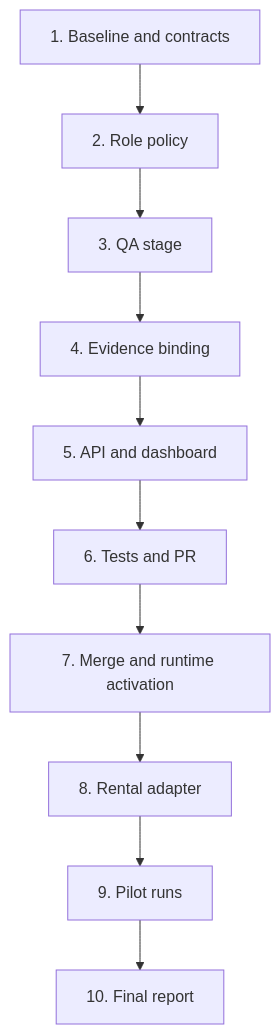
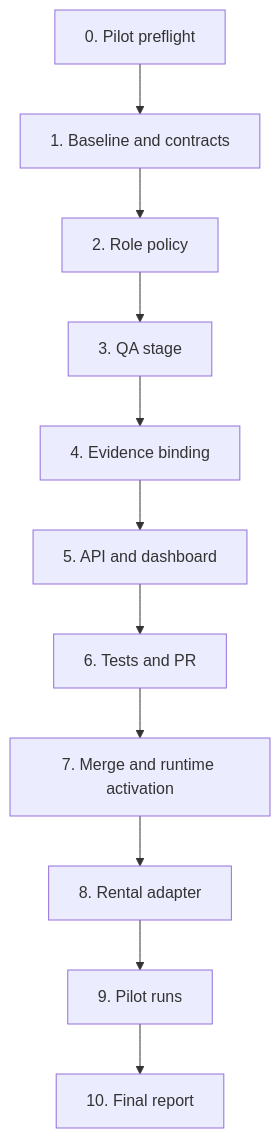
The diagram in docs/plan/distributed-multi-agent-sdlc/pilot-v1/ds-mcp/tasks.md (nhatnguyenquang1838-coder/gwc), drawn with Mermaid before and after one commit. The commit also changed other lines of this file, not shown here.

Commit message:
docs(pilot): add QA freshness drift and preflight checklist

````diff
--- a/docs/plan/distributed-multi-agent-sdlc/pilot-v1/ds-mcp/tasks.md
+++ b/docs/plan/distributed-multi-agent-sdlc/pilot-v1/ds-mcp/tasks.md
@@ -27,12 +61,13 @@
 ```mermaid
 graph TD
-  T1[1. Baseline and contracts] --> T2[2. Role policy]
+  T0[0. Pilot preflight] --> T1[1. Baseline and contracts]
+  T1 --> T2[2. Role policy]
   T2 --> T3[3. QA stage]
   T3 --> T4[4. Evidence binding]
   T4 --> T5[5. API and dashboard]
   T5 --> T6[6. Tests and PR]
   T6 --> T7[7. Merge and runtime activation]
   T7 --> T8[8. Rental adapter]
   T8 --> T9[9. Pilot runs]
   T9 --> T10[10. Final report]
 ```
````
